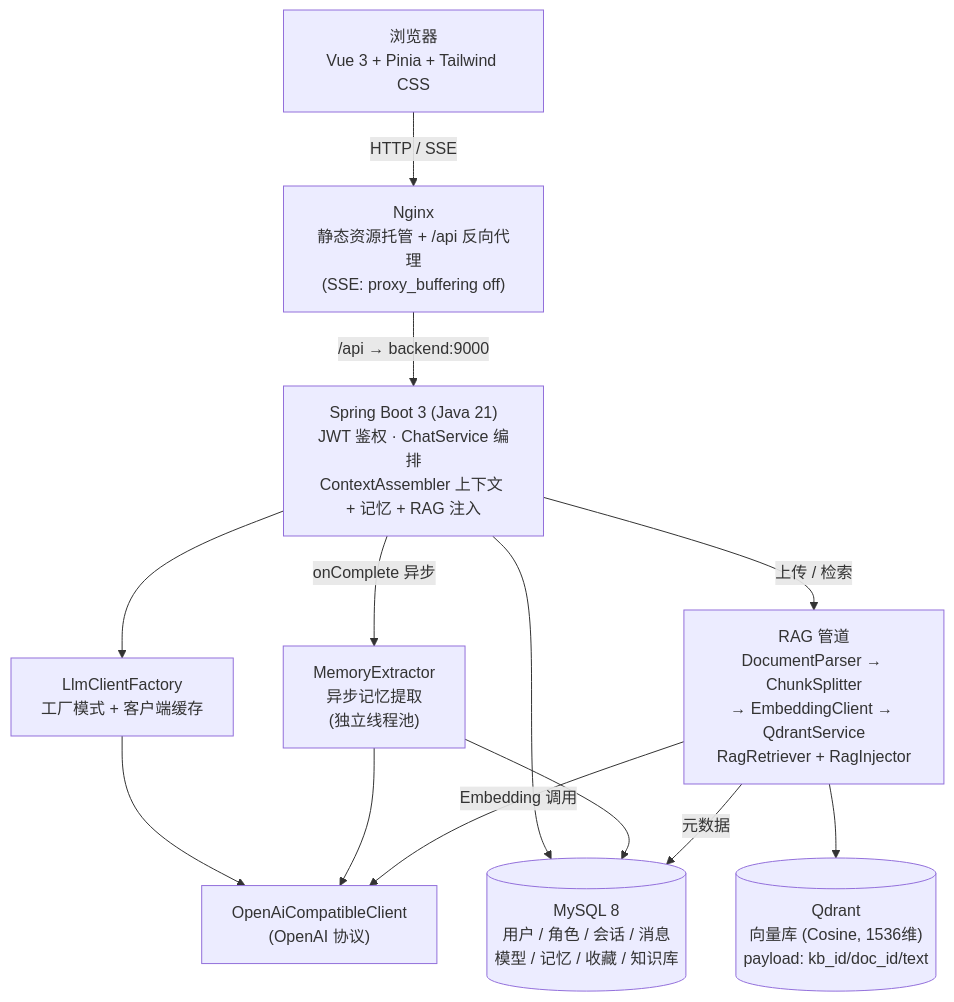
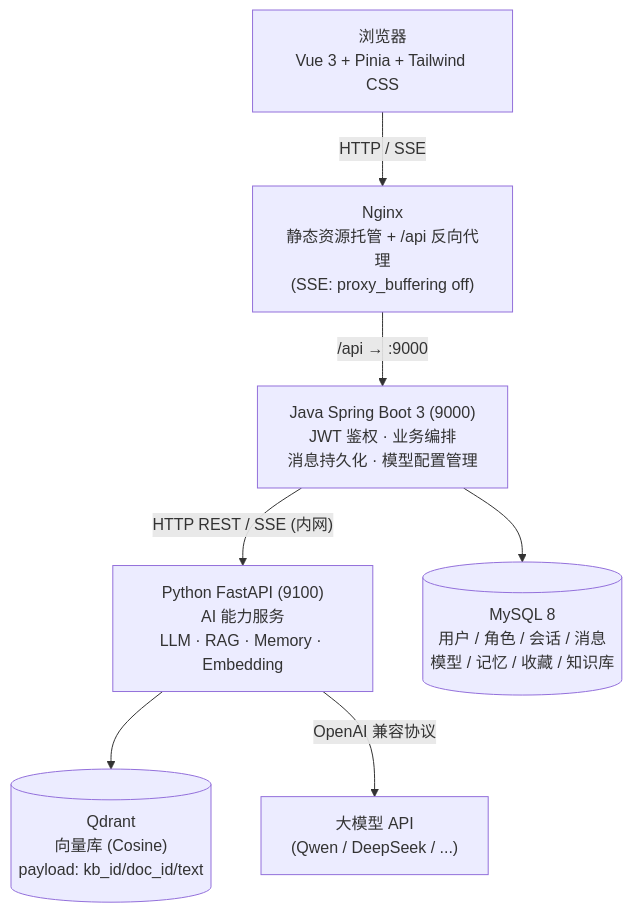
One commit to KONGBAI666666/xinyu changed the first of 4 diagrams in README.md. Above: the diagram before and after it, drawn with Mermaid. The commit also changed other lines of this file, not shown here.

Commit message:
docs: 更新 README 反映 Java + Python 多语言架构 + gitignore 补充

````diff
--- a/README.md
+++ b/README.md
@@ -60,24 +50,16 @@
 ```mermaid
 flowchart TB
     Browser["浏览器<br/>Vue 3 + Pinia + Tailwind CSS"]
     Nginx["Nginx<br/>静态资源托管 + /api 反向代理<br/>(SSE: proxy_buffering off)"]
-    Server["Spring Boot 3 (Java 21)<br/>JWT 鉴权 · ChatService 编排<br/>ContextAssembler 上下文 + 记忆 + RAG 注入"]
-    Factory["LlmClientFactory<br/>工厂模式 + 客户端缓存"]
-    LLM["OpenAiCompatibleClient<br/>(OpenAI 协议)"]
-    Extractor["MemoryExtractor<br/>异步记忆提取<br/>(独立线程池)"]
-    RagPipe["RAG 管道<br/>DocumentParser → ChunkSplitter<br/>→ EmbeddingClient → QdrantService<br/>RagRetriever + RagInjector"]
-    Qdrant[("Qdrant<br/>向量库 (Cosine, 1536维)<br/>payload: kb_id/doc_id/text")]
+    Java["Java Spring Boot 3 (9000)<br/>JWT 鉴权 · 业务编排<br/>消息持久化 · 模型配置管理"]
+    Python["Python FastAPI (9100)<br/>AI 能力服务<br/>LLM · RAG · Memory · Embedding"]
+    Qdrant[("Qdrant<br/>向量库 (Cosine)<br/>payload: kb_id/doc_id/text")]
     MySQL[("MySQL 8<br/>用户 / 角色 / 会话 / 消息<br/>模型 / 记忆 / 收藏 / 知识库")]
 
     Browser -- "HTTP / SSE" --> Nginx
-    Nginx -- "/api → backend:9000" --> Server
-    Server --> Factory --> LLM
-    Server --> MySQL
-    Server -- "onComplete 异步" --> Extractor
-    Extractor --> LLM
-    Extractor --> MySQL
-    Server -- "上传 / 检索" --> RagPipe
-    RagPipe --> Qdrant
-    RagPipe -- "Embedding 调用" --> LLM
-    RagPipe -- "元数据" --> MySQL
+    Nginx -- "/api → :9000" --> Java
+    Java -- "HTTP REST / SSE (内网)" --> Python
+    Java --> MySQL
+    Python --> Qdrant
+    Python -- "OpenAI 兼容协议" --> LLM["大模型 API<br/>(Qwen / DeepSeek / ...)"]
 ```
````
